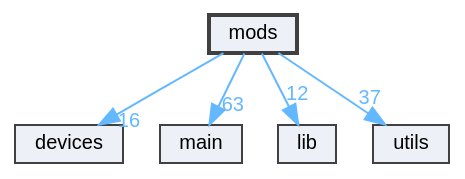
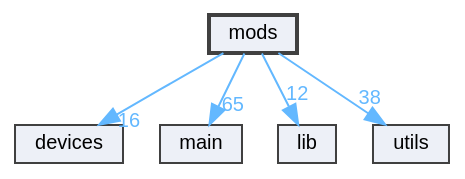
The diagram in api/dir_e32e21dff86b2f4c3e9cf44f437b74cb_dep.dot (the-moisrex/foresight), drawn with Graphviz before and after one commit. The commit also changed 103 other files, not shown here.

```diff
--- a/api/dir_e32e21dff86b2f4c3e9cf44f437b74cb_dep.dot
+++ b/api/dir_e32e21dff86b2f4c3e9cf44f437b74cb_dep.dot
@@ -1,17 +1,17 @@
 digraph "mods"
 {
  // LATEX_PDF_SIZE
   bgcolor="transparent";
   edge [fontname=Helvetica,fontsize=10,labelfontname=Helvetica,labelfontsize=10];
   node [fontname=Helvetica,fontsize=10,shape=box,height=0.2,width=0.4];
   compound=true
   dir_e32e21dff86b2f4c3e9cf44f437b74cb [label="mods", fillcolor="#edf0f7", color="grey25", style="filled,bold", URL="dir_e32e21dff86b2f4c3e9cf44f437b74cb.html",tooltip=""];
   dir_07b86ffc266b39efa5bbdc0e9fdb330a [label="devices", fillcolor="#edf0f7", color="grey25", style="filled", URL="dir_07b86ffc266b39efa5bbdc0e9fdb330a.html",tooltip=""];
   dir_5c982d53a68cdbcd421152b4020263a9 [label="main", fillcolor="#edf0f7", color="grey25", style="filled", URL="dir_5c982d53a68cdbcd421152b4020263a9.html",tooltip=""];
   dir_97aefd0d527b934f1d99a682da8fe6a9 [label="lib", fillcolor="#edf0f7", color="grey25", style="filled", URL="dir_97aefd0d527b934f1d99a682da8fe6a9.html",tooltip=""];
   dir_cbdb8362360e11eafe2fa3bc74cf0ffd [label="utils", fillcolor="#edf0f7", color="grey25", style="filled", URL="dir_cbdb8362360e11eafe2fa3bc74cf0ffd.html",tooltip=""];
   dir_e32e21dff86b2f4c3e9cf44f437b74cb->dir_07b86ffc266b39efa5bbdc0e9fdb330a [headlabel="16", labeldistance=1.5 headhref="dir_000004_000001.html" href="dir_000004_000001.html" color="steelblue1" fontcolor="steelblue1"];
-  dir_e32e21dff86b2f4c3e9cf44f437b74cb->dir_5c982d53a68cdbcd421152b4020263a9 [headlabel="63", labeldistance=1.5 headhref="dir_000004_000003.html" href="dir_000004_000003.html" color="steelblue1" fontcolor="steelblue1"];
+  dir_e32e21dff86b2f4c3e9cf44f437b74cb->dir_5c982d53a68cdbcd421152b4020263a9 [headlabel="65", labeldistance=1.5 headhref="dir_000004_000003.html" href="dir_000004_000003.html" color="steelblue1" fontcolor="steelblue1"];
   dir_e32e21dff86b2f4c3e9cf44f437b74cb->dir_97aefd0d527b934f1d99a682da8fe6a9 [headlabel="12", labeldistance=1.5 headhref="dir_000004_000002.html" href="dir_000004_000002.html" color="steelblue1" fontcolor="steelblue1"];
-  dir_e32e21dff86b2f4c3e9cf44f437b74cb->dir_cbdb8362360e11eafe2fa3bc74cf0ffd [headlabel="37", labeldistance=1.5 headhref="dir_000004_000005.html" href="dir_000004_000005.html" color="steelblue1" fontcolor="steelblue1"];
+  dir_e32e21dff86b2f4c3e9cf44f437b74cb->dir_cbdb8362360e11eafe2fa3bc74cf0ffd [headlabel="38", labeldistance=1.5 headhref="dir_000004_000005.html" href="dir_000004_000005.html" color="steelblue1" fontcolor="steelblue1"];
 }
```
